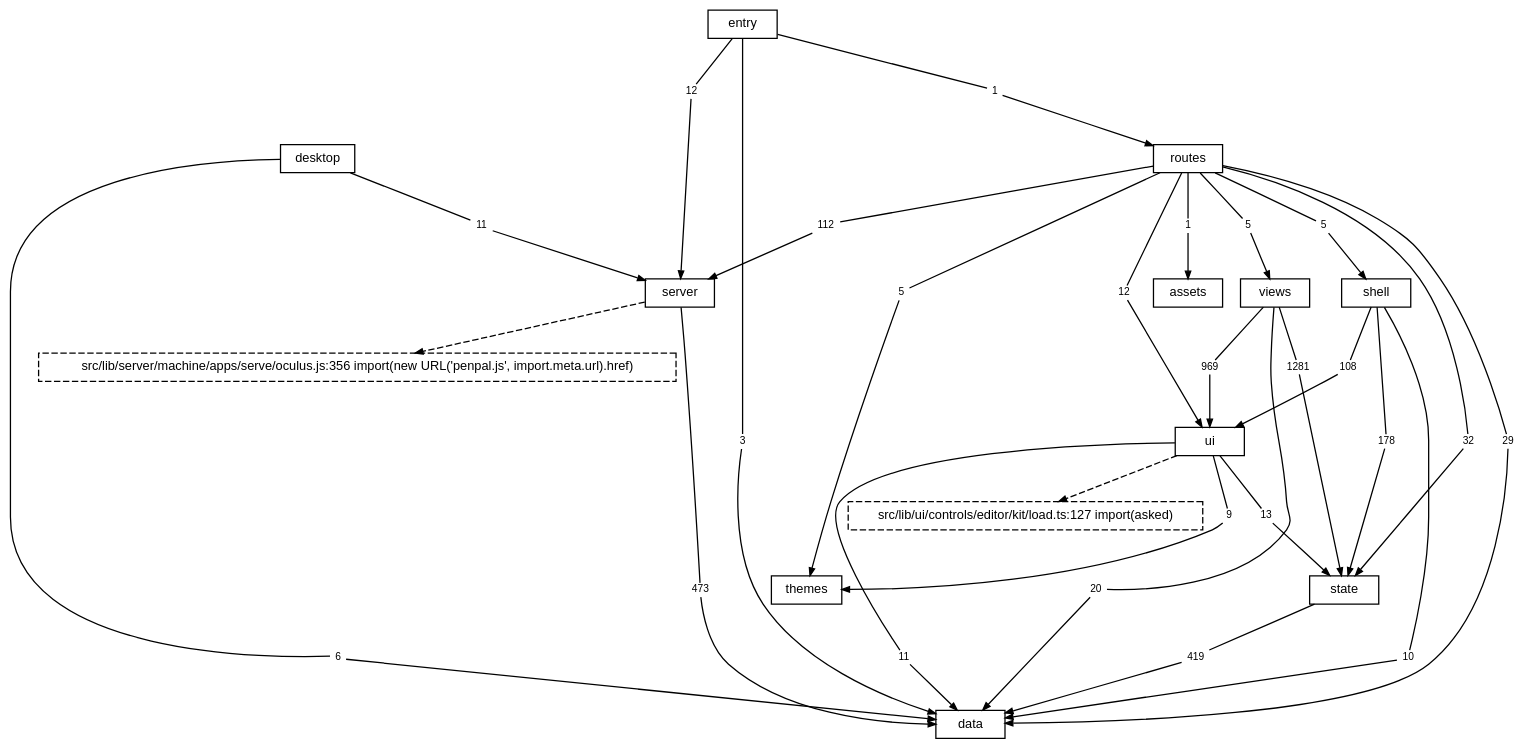
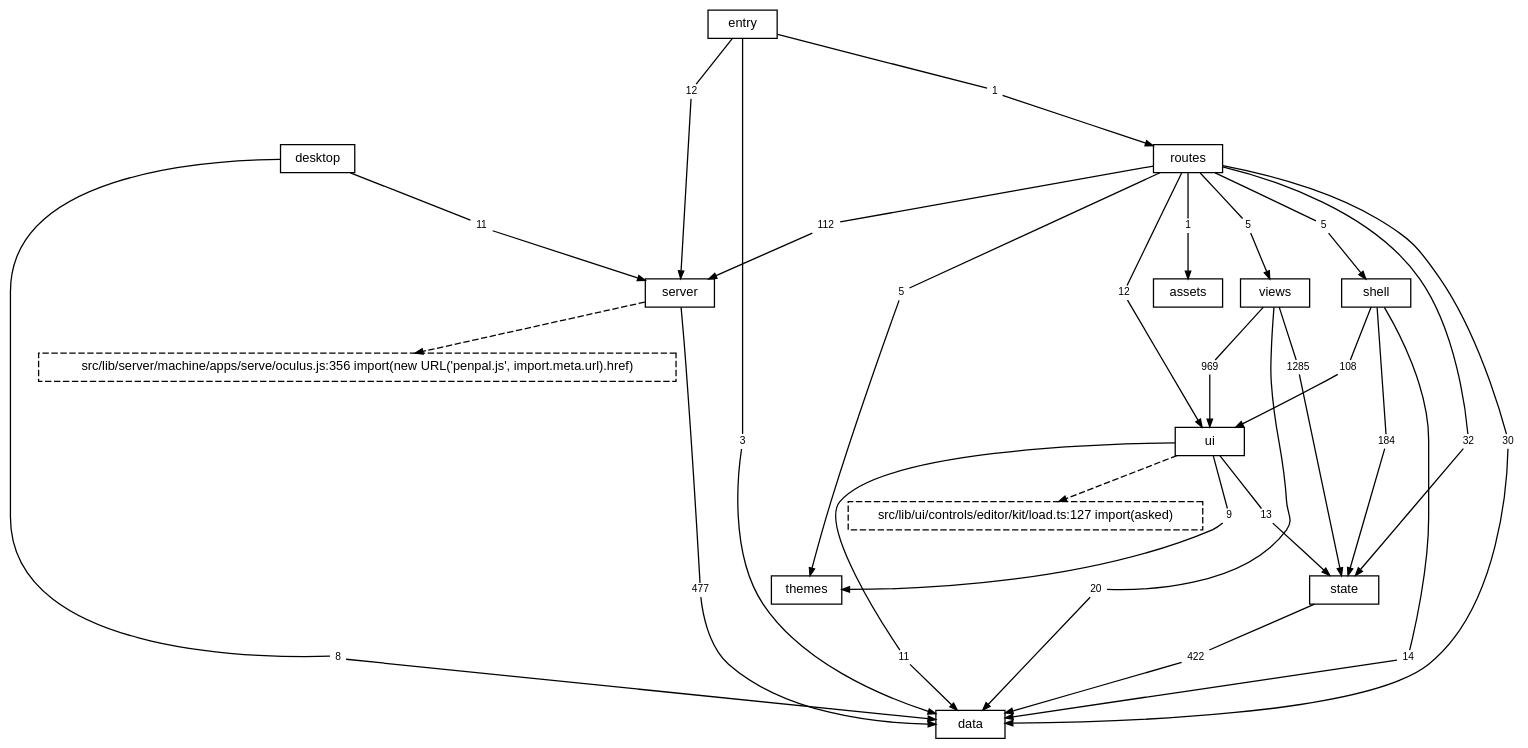
The diagram in docs/diagrams/layers.dot (TheAxeC/oculus), drawn with Graphviz before and after one commit. The commit also changed 106 other files, not shown here.

```diff
--- a/docs/diagrams/layers.dot
+++ b/docs/diagrams/layers.dot
@@ -1,92 +1,92 @@
 digraph layers {
     graph [bgcolor="transparent", rankdir=TB, newrank=true, fontname="Helvetica", fontsize=12, nodesep=0.2, ranksep=0.5];
     node [shape=box, color="black", fontcolor="black", fontname="Helvetica", fontsize=10, height=0.3, margin="0.12,0.04"];
     edge [color="black", fontcolor="black", fontname="Helvetica", fontsize=8, arrowsize=0.6];
     "data";
     "server";
     "state";
     "ui";
     "shell";
     "views";
     "themes";
     "routes";
     "desktop";
     "src" [label="entry"];
     "files: assets" [label="assets"];
     "? src/lib/server/machine/apps/serve/oculus.js:356" [label="src/lib/server/machine/apps/serve/oculus.js:356 import(new URL('penpal.js', import.meta.url).href)", style=dashed];
     "? src/lib/ui/controls/editor/kit/load.ts:127" [label="src/lib/ui/controls/editor/kit/load.ts:127 import(asked)", style=dashed];
-    "desktop to data" [label="6", shape=box, color="transparent", fontsize=8, width=0, height=0, margin="0.04,0.02"];
+    "desktop to data" [label="8", shape=box, color="transparent", fontsize=8, width=0, height=0, margin="0.04,0.02"];
     "desktop" -> "desktop to data" [arrowhead=none];
     "desktop to data" -> "data" [];
     "desktop to server" [label="11", shape=box, color="transparent", fontsize=8, width=0, height=0, margin="0.04,0.02"];
     "desktop" -> "desktop to server" [arrowhead=none];
     "desktop to server" -> "server" [];
-    "routes to data" [label="29", shape=box, color="transparent", fontsize=8, width=0, height=0, margin="0.04,0.02"];
+    "routes to data" [label="30", shape=box, color="transparent", fontsize=8, width=0, height=0, margin="0.04,0.02"];
     "routes" -> "routes to data" [arrowhead=none];
     "routes to data" -> "data" [];
     "routes to files: assets" [label="1", shape=box, color="transparent", fontsize=8, width=0, height=0, margin="0.04,0.02"];
     "routes" -> "routes to files: assets" [arrowhead=none];
     "routes to files: assets" -> "files: assets" [];
     "routes to server" [label="112", shape=box, color="transparent", fontsize=8, width=0, height=0, margin="0.04,0.02"];
     "routes" -> "routes to server" [arrowhead=none];
     "routes to server" -> "server" [];
     "routes to shell" [label="5", shape=box, color="transparent", fontsize=8, width=0, height=0, margin="0.04,0.02"];
     "routes" -> "routes to shell" [arrowhead=none];
     "routes to shell" -> "shell" [];
     "routes to state" [label="32", shape=box, color="transparent", fontsize=8, width=0, height=0, margin="0.04,0.02"];
     "routes" -> "routes to state" [arrowhead=none];
     "routes to state" -> "state" [];
     "routes to themes" [label="5", shape=box, color="transparent", fontsize=8, width=0, height=0, margin="0.04,0.02"];
     "routes" -> "routes to themes" [arrowhead=none];
     "routes to themes" -> "themes" [];
     "routes to ui" [label="12", shape=box, color="transparent", fontsize=8, width=0, height=0, margin="0.04,0.02"];
     "routes" -> "routes to ui" [arrowhead=none];
     "routes to ui" -> "ui" [];
     "routes to views" [label="5", shape=box, color="transparent", fontsize=8, width=0, height=0, margin="0.04,0.02"];
     "routes" -> "routes to views" [arrowhead=none];
     "routes to views" -> "views" [];
-    "server to data" [label="473", shape=box, color="transparent", fontsize=8, width=0, height=0, margin="0.04,0.02"];
+    "server to data" [label="477", shape=box, color="transparent", fontsize=8, width=0, height=0, margin="0.04,0.02"];
     "server" -> "server to data" [arrowhead=none];
     "server to data" -> "data" [];
-    "shell to data" [label="10", shape=box, color="transparent", fontsize=8, width=0, height=0, margin="0.04,0.02"];
+    "shell to data" [label="14", shape=box, color="transparent", fontsize=8, width=0, height=0, margin="0.04,0.02"];
     "shell" -> "shell to data" [arrowhead=none];
     "shell to data" -> "data" [];
-    "shell to state" [label="178", shape=box, color="transparent", fontsize=8, width=0, height=0, margin="0.04,0.02"];
+    "shell to state" [label="184", shape=box, color="transparent", fontsize=8, width=0, height=0, margin="0.04,0.02"];
     "shell" -> "shell to state" [arrowhead=none];
     "shell to state" -> "state" [];
     "shell to ui" [label="108", shape=box, color="transparent", fontsize=8, width=0, height=0, margin="0.04,0.02"];
     "shell" -> "shell to ui" [arrowhead=none];
     "shell to ui" -> "ui" [];
     "src to data" [label="3", shape=box, color="transparent", fontsize=8, width=0, height=0, margin="0.04,0.02"];
     "src" -> "src to data" [arrowhead=none];
     "src to data" -> "data" [];
     "src to routes" [label="1", shape=box, color="transparent", fontsize=8, width=0, height=0, margin="0.04,0.02"];
     "src" -> "src to routes" [arrowhead=none];
     "src to routes" -> "routes" [];
     "src to server" [label="12", shape=box, color="transparent", fontsize=8, width=0, height=0, margin="0.04,0.02"];
     "src" -> "src to server" [arrowhead=none];
     "src to server" -> "server" [];
-    "state to data" [label="419", shape=box, color="transparent", fontsize=8, width=0, height=0, margin="0.04,0.02"];
+    "state to data" [label="422", shape=box, color="transparent", fontsize=8, width=0, height=0, margin="0.04,0.02"];
     "state" -> "state to data" [arrowhead=none];
     "state to data" -> "data" [];
     "ui to data" [label="11", shape=box, color="transparent", fontsize=8, width=0, height=0, margin="0.04,0.02"];
     "ui" -> "ui to data" [arrowhead=none];
     "ui to data" -> "data" [];
     "ui to state" [label="13", shape=box, color="transparent", fontsize=8, width=0, height=0, margin="0.04,0.02"];
     "ui" -> "ui to state" [arrowhead=none];
     "ui to state" -> "state" [];
     "ui to themes" [label="9", shape=box, color="transparent", fontsize=8, width=0, height=0, margin="0.04,0.02"];
     "ui" -> "ui to themes" [arrowhead=none];
     "ui to themes" -> "themes" [];
     "views to data" [label="20", shape=box, color="transparent", fontsize=8, width=0, height=0, margin="0.04,0.02"];
     "views" -> "views to data" [arrowhead=none];
     "views to data" -> "data" [];
-    "views to state" [label="1281", shape=box, color="transparent", fontsize=8, width=0, height=0, margin="0.04,0.02"];
+    "views to state" [label="1285", shape=box, color="transparent", fontsize=8, width=0, height=0, margin="0.04,0.02"];
     "views" -> "views to state" [arrowhead=none];
     "views to state" -> "state" [];
     "views to ui" [label="969", shape=box, color="transparent", fontsize=8, width=0, height=0, margin="0.04,0.02"];
     "views" -> "views to ui" [arrowhead=none];
     "views to ui" -> "ui" [];
     "server" -> "? src/lib/server/machine/apps/serve/oculus.js:356" [style=dashed];
     "ui" -> "? src/lib/ui/controls/editor/kit/load.ts:127" [style=dashed];
 }
```
